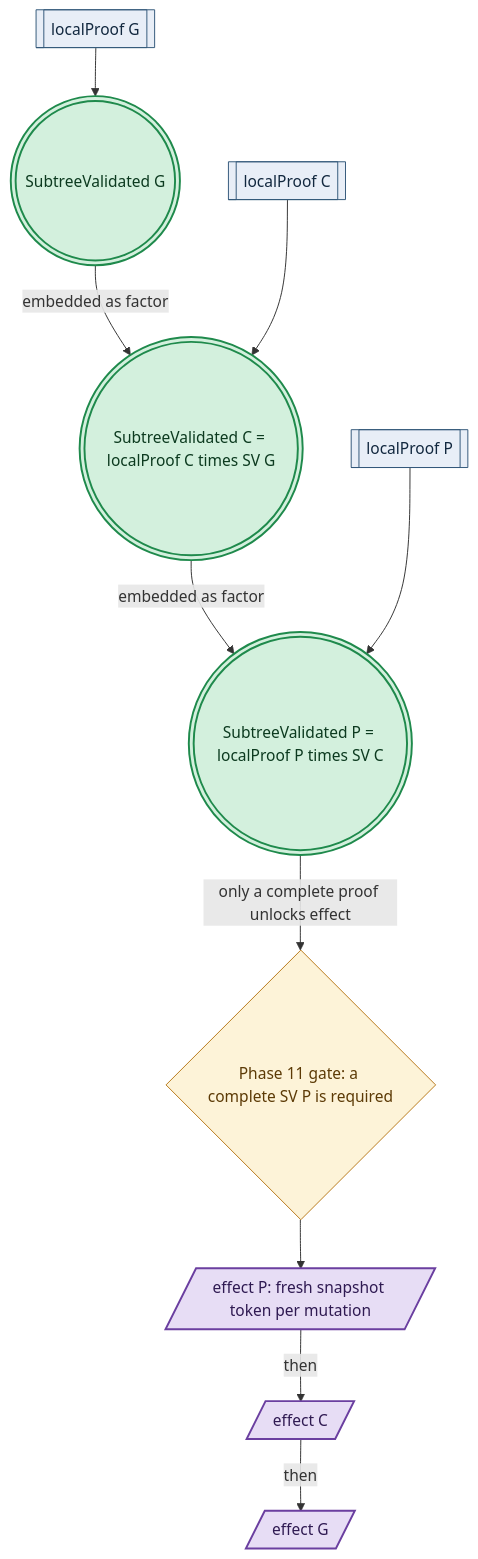
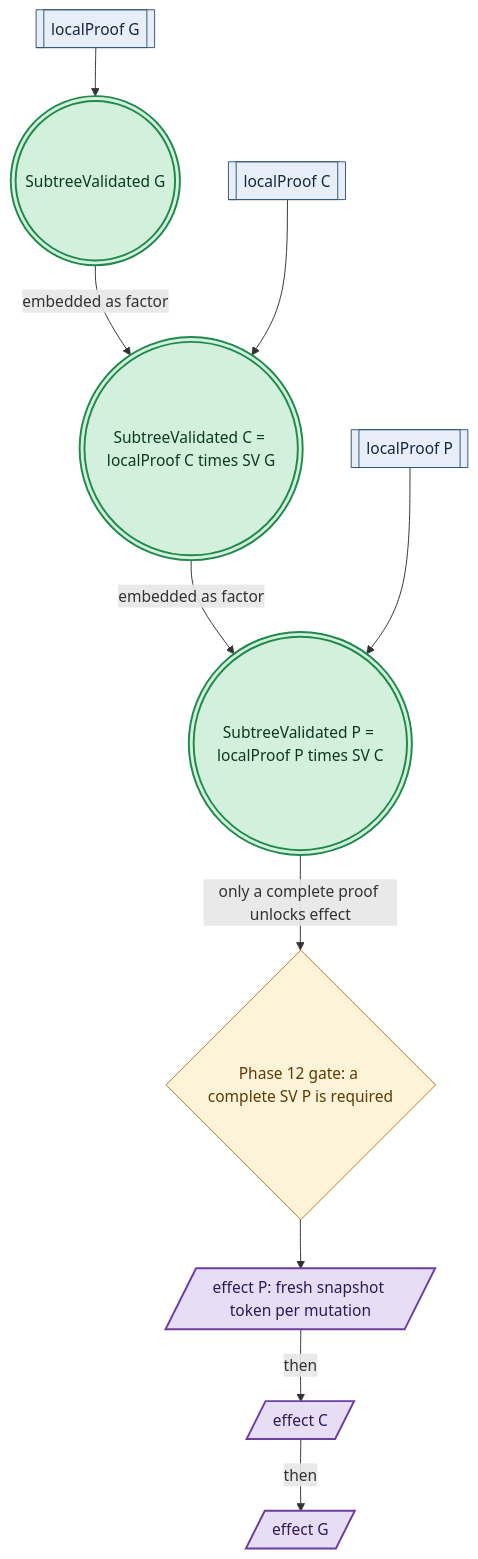
One commit to Tuee22/amoebius changed the third of 4 diagrams in documents/engineering/preflight_validation_doctrine.md. Above: the diagram before and after it, drawn with Mermaid. The commit also changed other lines of this file and 581 other files, not shown here.

````diff
--- a/documents/engineering/preflight_validation_doctrine.md
+++ b/documents/engineering/preflight_validation_doctrine.md
@@ -197,27 +197,27 @@
 ```mermaid
 flowchart TD
 %% register: algebra
   glp[["localProof G"]]:::intent
   svg((("SubtreeValidated G"))):::seal
   clp[["localProof C"]]:::intent
   svc((("SubtreeValidated C = localProof C times SV G"))):::seal
   plp[["localProof P"]]:::intent
   svp((("SubtreeValidated P = localProof P times SV C"))):::seal
-  dhall-typecheck{"Phase 11 gate: a complete SV P is required"}:::decision
+  dhall-typecheck{"Phase 12 gate: a complete SV P is required"}:::decision
   ep[/"effect P: fresh snapshot token per mutation"/]:::effect
   ec[/"effect C"/]:::effect
   eg[/"effect G"/]:::effect
   glp --> svg
   svg -->|"embedded as factor"| svc
   clp --> svc
   svc -->|"embedded as factor"| svp
   plp --> svp
   svp -->|"only a complete proof unlocks effect"| dhall-typecheck
   dhall-typecheck --> ep
   ep -->|"then"| ec
   ec -->|"then"| eg
   classDef intent   fill:#e8eef7,stroke:#33587a,color:#12283f,stroke-width:1px
   classDef decision fill:#fdf3d8,stroke:#b8791b,color:#5c3a06,stroke-width:1px
   classDef effect   fill:#e7ddf5,stroke:#6b3fa0,color:#2f1a52,stroke-width:2px
   classDef seal     fill:#d3f0dd,stroke:#1f8a4c,color:#0c3a1f,stroke-width:2px
 ```
````
